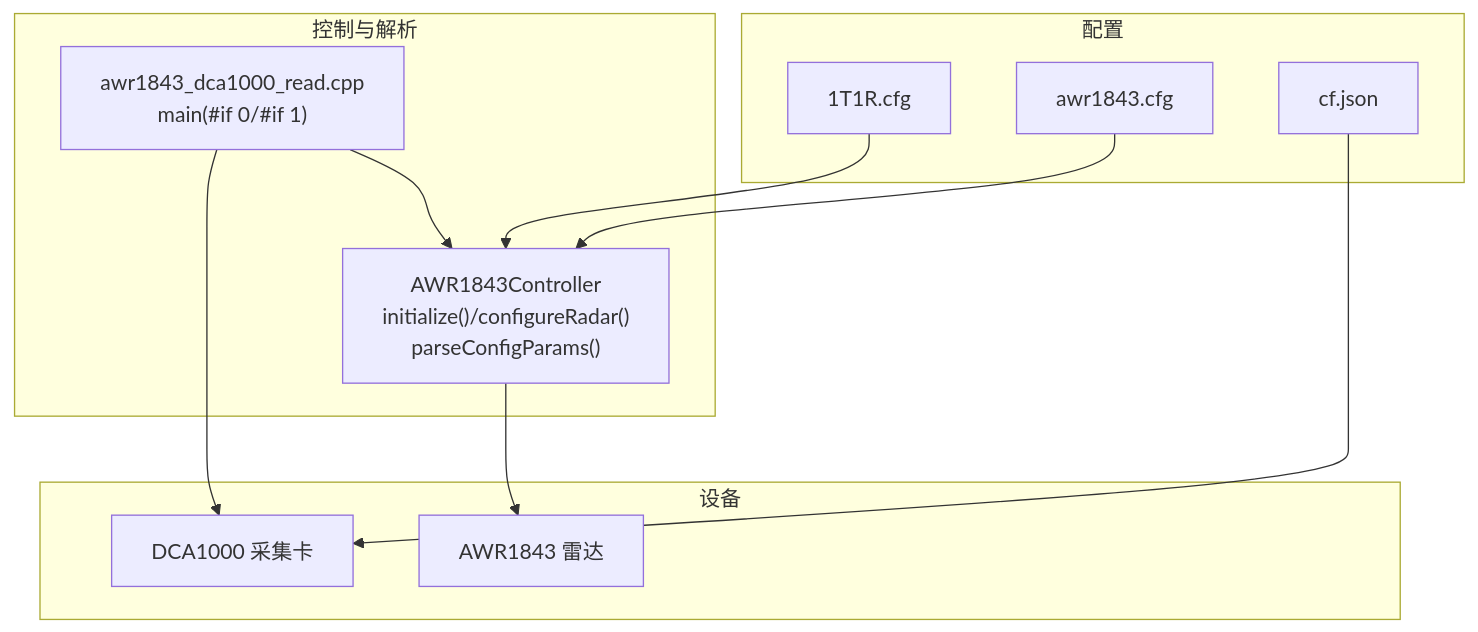
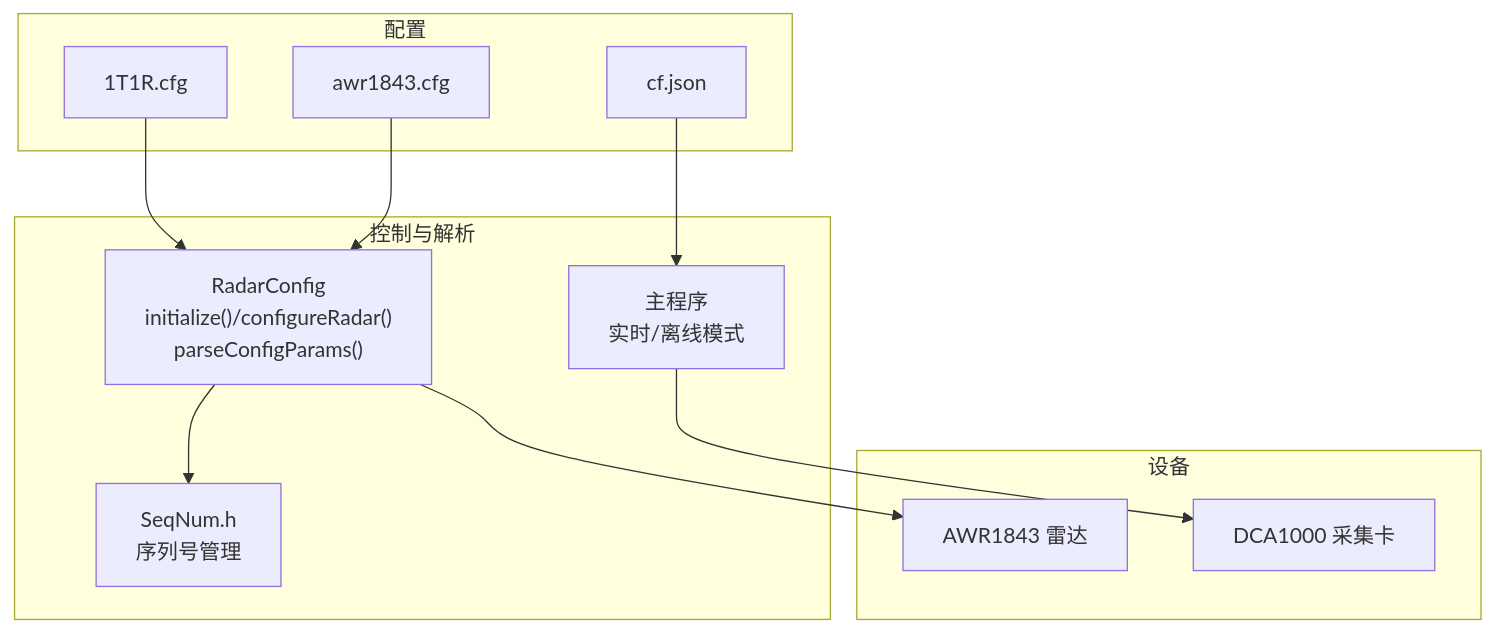
One commit to Lukad77/awr1843-radar-toolkit changed the first of 4 diagrams in .qoder/repowiki/zh/content/雷达与采集参数配置文件.md. Above: the diagram before and after it, drawn with Mermaid. The commit also changed other lines of this file and 5 other files, not shown here.

````diff
--- a/.qoder/repowiki/zh/content/雷达与采集参数配置文件.md
+++ b/.qoder/repowiki/zh/content/雷达与采集参数配置文件.md
@@ -40,22 +46,23 @@
 ```mermaid
 graph TB
 subgraph "配置"
 CFG1["1T1R.cfg"]
 CFG2["awr1843.cfg"]
 JSON["cf.json"]
 end
 subgraph "控制与解析"
-CTRL["AWR1843Controller<br/>initialize()/configureRadar()<br/>parseConfigParams()"]
-MAIN["awr1843_dca1000_read.cpp<br/>main(#if 0/#if 1)"]
+CTRL["RadarConfig<br/>initialize()/configureRadar()<br/>parseConfigParams()"]
+SEQ["SeqNum.h<br/>序列号管理"]
+MAIN["主程序<br/>实时/离线模式"]
 end
 subgraph "设备"
 RADAR["AWR1843 雷达"]
 DCA["DCA1000 采集卡"]
 end
 CFG1 --> CTRL
 CFG2 --> CTRL
-JSON --> DCA
+JSON --> MAIN
 CTRL --> RADAR
-MAIN --> CTRL
 MAIN --> DCA
+CTRL --> SEQ
 ```
````
